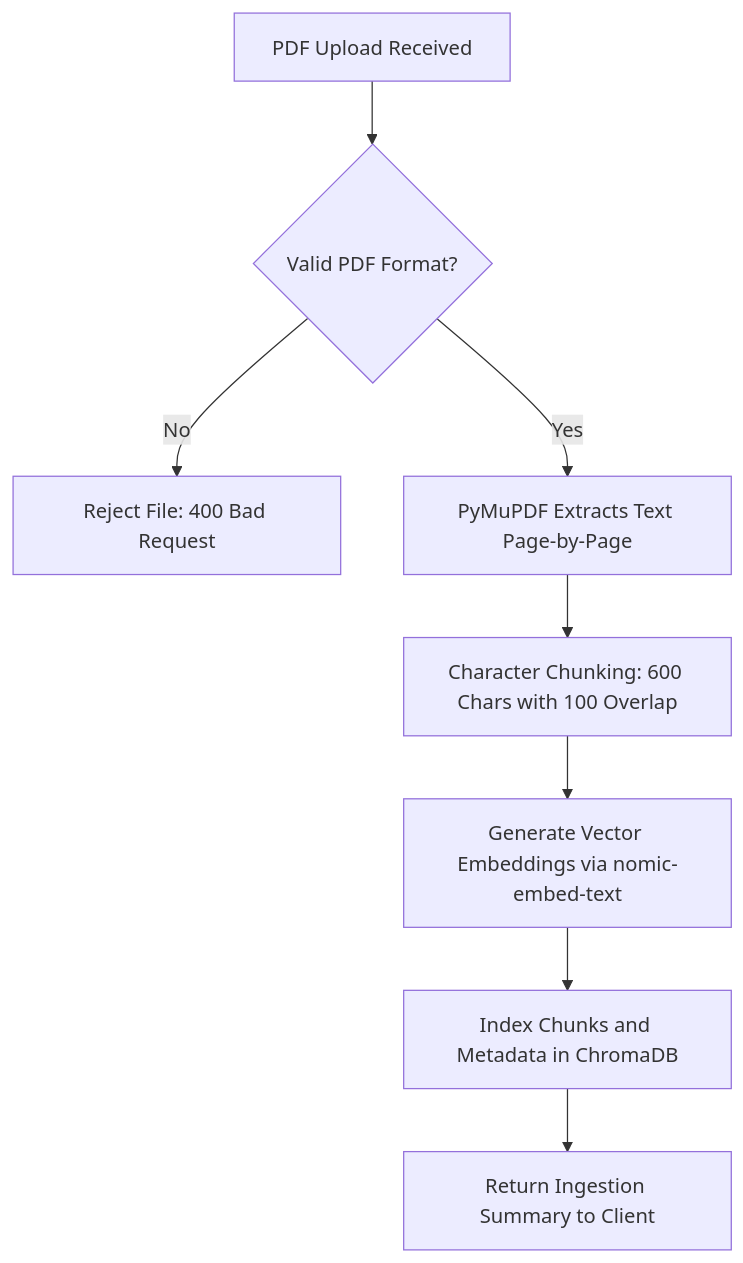
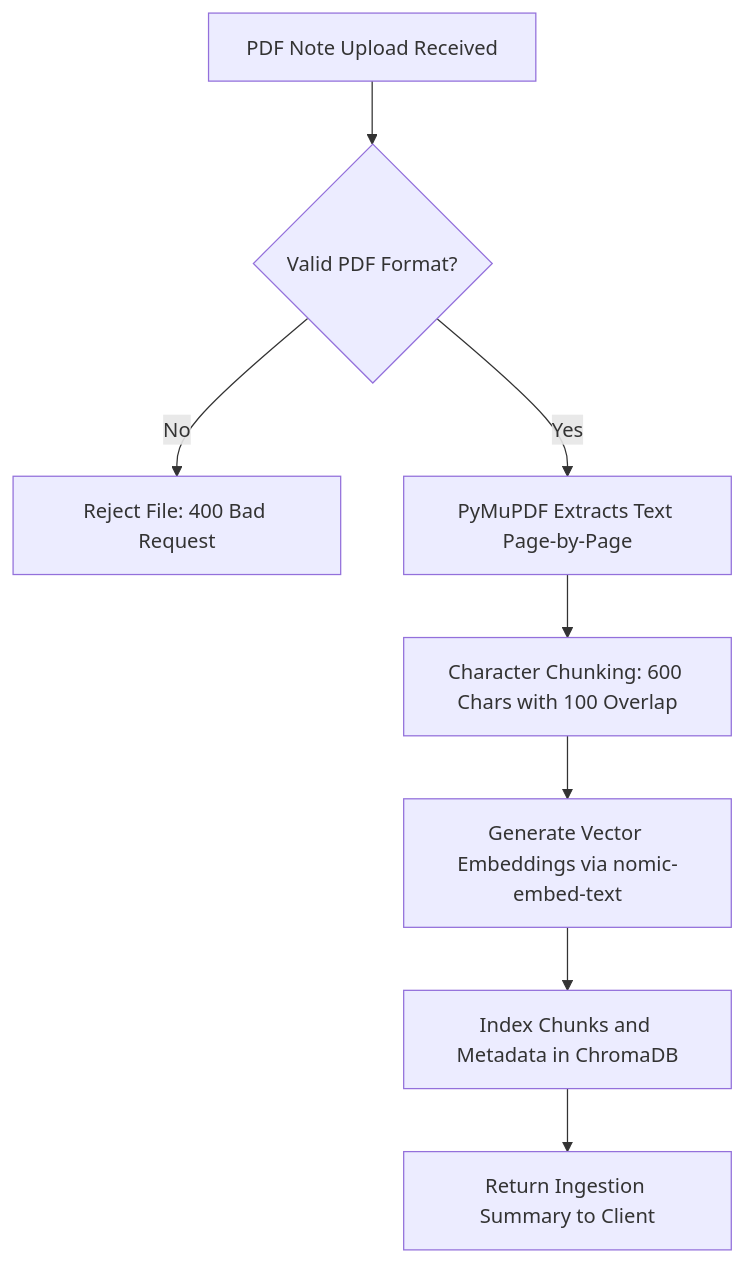
One commit to dev-Aarish/gist changed the second of 5 diagrams in docs/architecture.md. Above: the diagram before and after it, drawn with Mermaid. The commit also changed other lines of this file and 6 other files, not shown here.

````diff
--- a/docs/architecture.md
+++ b/docs/architecture.md
@@ -48,10 +52,10 @@
 ```mermaid
 graph TD
-    Upload["PDF Upload Received"] --> ValidateFile{"Valid PDF Format?"}
+    Upload["PDF Note Upload Received"] --> ValidateFile{"Valid PDF Format?"}
     ValidateFile -- "No" --> RejectUpload["Reject File: 400 Bad Request"]
     ValidateFile -- "Yes" --> ParsePDF["PyMuPDF Extracts Text Page-by-Page"]
     ParsePDF --> ChunkText["Character Chunking: 600 Chars with 100 Overlap"]
     ChunkText --> GenerateEmbeds["Generate Vector Embeddings via nomic-embed-text"]
     GenerateEmbeds --> IndexStore["Index Chunks and Metadata in ChromaDB"]
     IndexStore --> ConfirmReady["Return Ingestion Summary to Client"]
 ```
````
